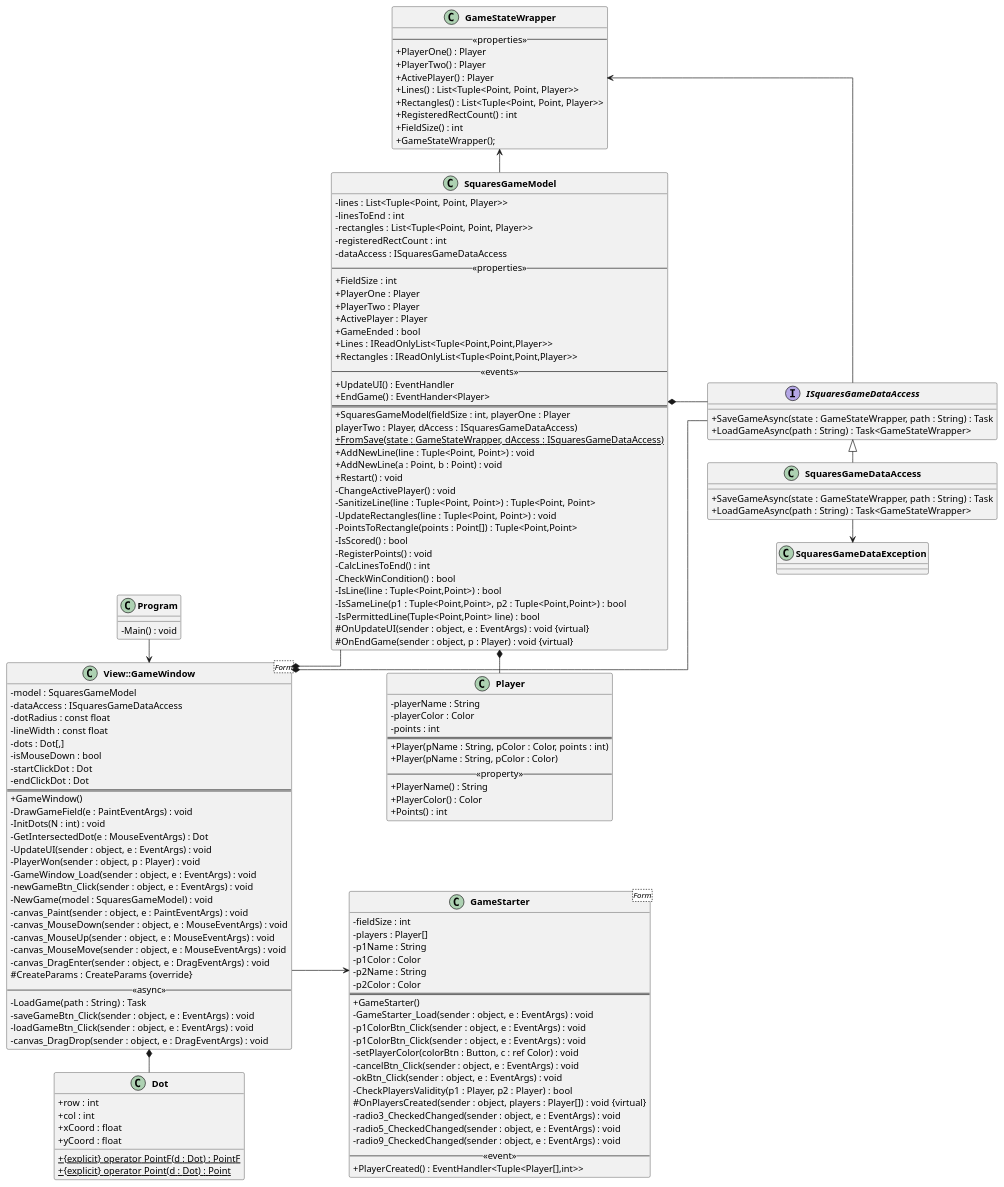
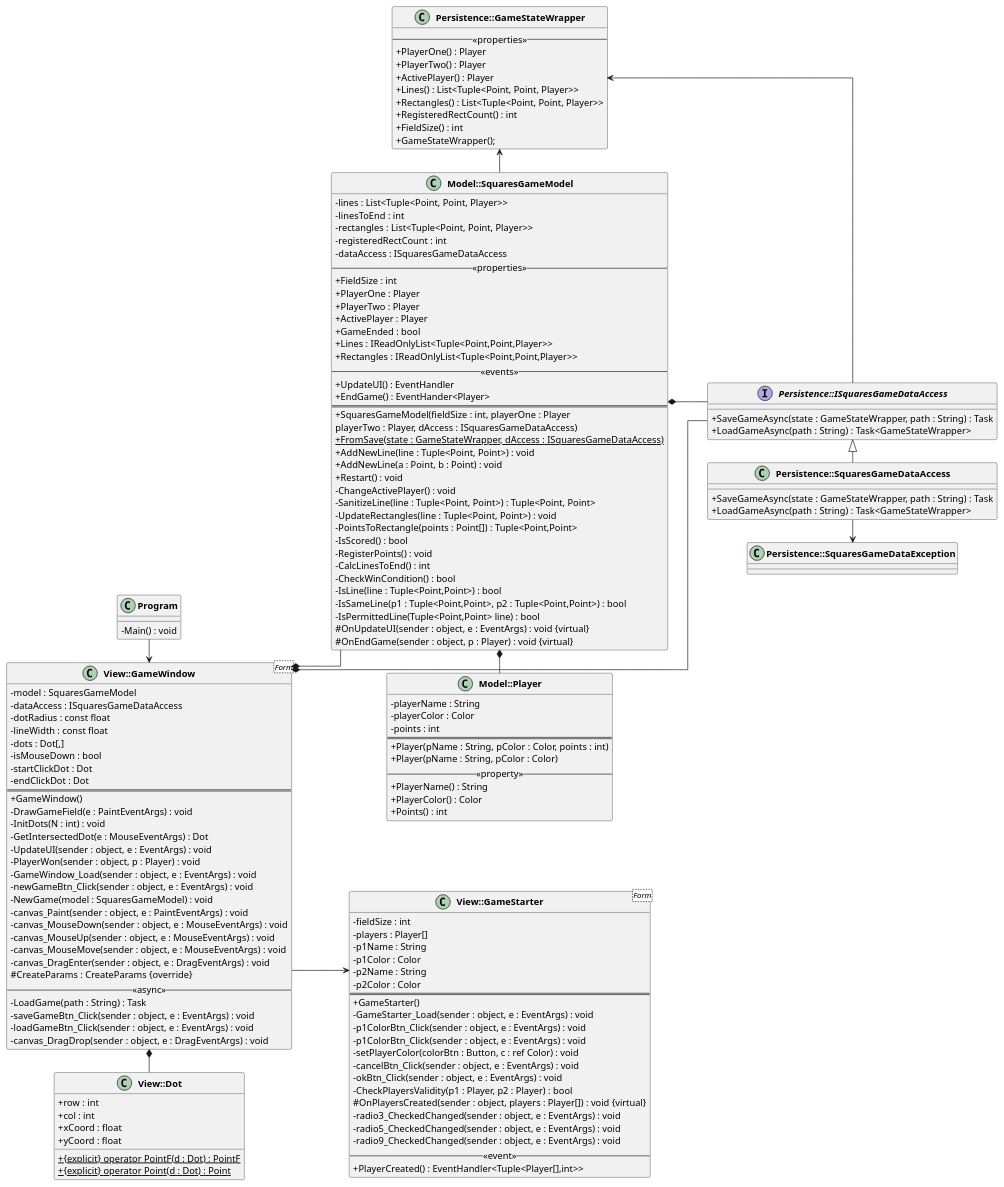
The diagram in docs/uml.plantuml (Stryse/SquareGame), drawn with PlantUML before and after one commit. The commit also changed 5 other files, not shown here.

```diff
--- a/docs/uml.plantuml
+++ b/docs/uml.plantuml
@@ -1,168 +1,168 @@
 @startuml
 left to right direction
 skinparam classAttributeIconSize 0
 skinparam linetype ortho
 
 class "**Program**" as Program
 {
 -Main() : void
 }
 
 class "**View::GameWindow**" as GameWindow <Form>
 {
 -model : SquaresGameModel
 -dataAccess : ISquaresGameDataAccess
 -dotRadius : const float
 -lineWidth : const float
 -dots : Dot[,]
 -isMouseDown : bool
 -startClickDot : Dot
 -endClickDot : Dot
 ==
 +GameWindow()
 -DrawGameField(e : PaintEventArgs) : void
 -InitDots(N : int) : void
 -GetIntersectedDot(e : MouseEventArgs) : Dot
 -UpdateUI(sender : object, e : EventArgs) : void
 -PlayerWon(sender : object, p : Player) : void
 -GameWindow_Load(sender : object, e : EventArgs) : void
 -newGameBtn_Click(sender : object, e : EventArgs) : void
 -NewGame(model : SquaresGameModel) : void
 -canvas_Paint(sender : object, e : PaintEventArgs) : void
 -canvas_MouseDown(sender : object, e : MouseEventArgs) : void
 -canvas_MouseUp(sender : object, e : MouseEventArgs) : void
 -canvas_MouseMove(sender : object, e : MouseEventArgs) : void
 -canvas_DragEnter(sender : object, e : DragEventArgs) : void
 #CreateParams : CreateParams {override}
 -- <<async>> --
 -LoadGame(path : String) : Task
 -saveGameBtn_Click(sender : object, e : EventArgs) : void
 -loadGameBtn_Click(sender : object, e : EventArgs) : void
 -canvas_DragDrop(sender : object, e : DragEventArgs) : void
 }
 
-class "**Dot**" as Dot
+class "**View::Dot**" as Dot
 {
 + row : int
 + col : int
 + xCoord : float
 + yCoord : float
 +{static} {explicit} operator PointF(d : Dot) : PointF
 +{static} {explicit} operator Point(d : Dot) : Point
 }
 
-class "**GameStarter**" as GameStarter <Form>
+class "**View::GameStarter**" as GameStarter <Form>
 {
 -fieldSize : int
 -players : Player[]
 -p1Name : String
 -p1Color : Color
 -p2Name : String
 -p2Color : Color
 ==
 +GameStarter()
 -GameStarter_Load(sender : object, e : EventArgs) : void
 -p1ColorBtn_Click(sender : object, e : EventArgs) : void
 -p1ColorBtn_Click(sender : object, e : EventArgs) : void
 -setPlayerColor(colorBtn : Button, c : ref Color) : void
 -cancelBtn_Click(sender : object, e : EventArgs) : void
 -okBtn_Click(sender : object, e : EventArgs) : void
 -CheckPlayersValidity(p1 : Player, p2 : Player) : bool
 #OnPlayersCreated(sender : object, players : Player[]) : void {virtual}
 -radio3_CheckedChanged(sender : object, e : EventArgs) : void
 -radio5_CheckedChanged(sender : object, e : EventArgs) : void
 -radio9_CheckedChanged(sender : object, e : EventArgs) : void
 -- <<event>> --
 + PlayerCreated() : EventHandler<Tuple<Player[],int>>
 }
 
-class "**Player**" as Player {
+class "**Model::Player**" as Player {
 -playerName : String
 -playerColor : Color
 -points : int
 ==
 +Player(pName : String, pColor : Color, points : int)
 +Player(pName : String, pColor : Color)
 -- <<property>> --
 +PlayerName() : String
 +PlayerColor() : Color
 +Points() : int
 }
 
-class "**SquaresGameModel**" as SquaresGameModel {
+class "**Model::SquaresGameModel**" as SquaresGameModel {
 -lines : List<Tuple<Point, Point, Player>>
 -linesToEnd : int
 -rectangles : List<Tuple<Point, Point, Player>>
 -registeredRectCount : int
 -dataAccess : ISquaresGameDataAccess
 -- <<properties>> --
 +FieldSize : int
 +PlayerOne : Player
 +PlayerTwo : Player
 +ActivePlayer : Player
 +GameEnded : bool
 +Lines : IReadOnlyList<Tuple<Point,Point,Player>>
 +Rectangles : IReadOnlyList<Tuple<Point,Point,Player>>
 -- <<events>> --
 +UpdateUI() : EventHandler
 +EndGame() : EventHander<Player>
 ==
 +SquaresGameModel(fieldSize : int, playerOne : Player
                   playerTwo : Player, dAccess : ISquaresGameDataAccess)
 +{static} FromSave(state : GameStateWrapper, dAccess : ISquaresGameDataAccess)
 +AddNewLine(line : Tuple<Point, Point>) : void
 +AddNewLine(a : Point, b : Point) : void
 +Restart() : void
 -ChangeActivePlayer() : void
 -SanitizeLine(line : Tuple<Point, Point>) : Tuple<Point, Point>
 -UpdateRectangles(line : Tuple<Point, Point>) : void
 -PointsToRectangle(points : Point[]) : Tuple<Point,Point>
 -IsScored() : bool
 -RegisterPoints() : void
 -CalcLinesToEnd() : int
 -CheckWinCondition() : bool
 -IsLine(line : Tuple<Point,Point>) : bool
 -IsSameLine(p1 : Tuple<Point,Point>, p2 : Tuple<Point,Point>) : bool
 -IsPermittedLine(Tuple<Point,Point> line) : bool
 #OnUpdateUI(sender : object, e : EventArgs) : void {virtual}
 #OnEndGame(sender : object, p : Player) : void {virtual}
 }
 
-interface "**ISquaresGameDataAccess**" as ISquaresGameDataAccess{
+interface "**Persistence::ISquaresGameDataAccess**" as ISquaresGameDataAccess{
 +SaveGameAsync(state : GameStateWrapper, path : String) : Task
 +LoadGameAsync(path : String) : Task<GameStateWrapper>
 }
 
-class "**SquaresGameDataAccess**" as SquaresGameDataAccess{
+class "**Persistence::SquaresGameDataAccess**" as SquaresGameDataAccess{
 +SaveGameAsync(state : GameStateWrapper, path : String) : Task
 +LoadGameAsync(path : String) : Task<GameStateWrapper>
 }
 
-class "**SquaresGameDataException**" as excpt
+class "**Persistence::SquaresGameDataException**" as excpt
 
-class "**GameStateWrapper**" as GameStateWrapper
+class "**Persistence::GameStateWrapper**" as GameStateWrapper
 {
 -- <<properties>> --
 +PlayerOne() : Player
 +PlayerTwo() : Player
 +ActivePlayer() : Player
 +Lines() : List<Tuple<Point, Point, Player>>
 +Rectangles() : List<Tuple<Point, Point, Player>>
 +RegisteredRectCount() : int
 +FieldSize() : int
 +GameStateWrapper();
 }
 
 Program -> GameWindow
 GameWindow *- Dot
 GameWindow --> GameStarter
 GameWindow *-- SquaresGameModel
 SquaresGameModel *- Player
 ISquaresGameDataAccess <|-r- SquaresGameDataAccess
 GameWindow *-- ISquaresGameDataAccess
 SquaresGameModel *-- ISquaresGameDataAccess
 SquaresGameDataAccess -> excpt
 SquaresGameModel -l-> GameStateWrapper
 ISquaresGameDataAccess -l-> GameStateWrapper
 
 @enduml
```
